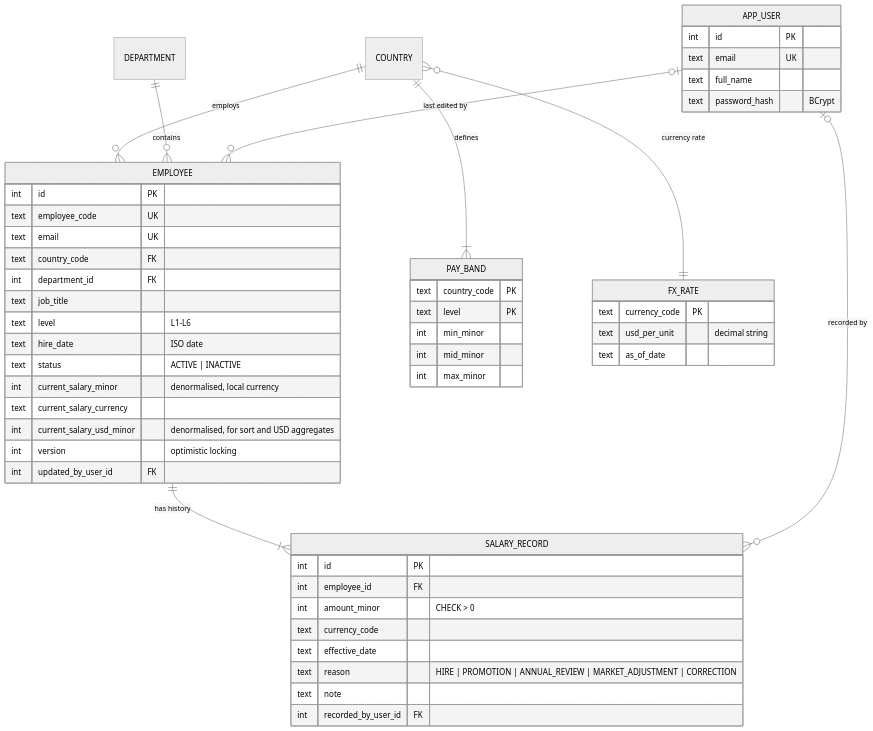
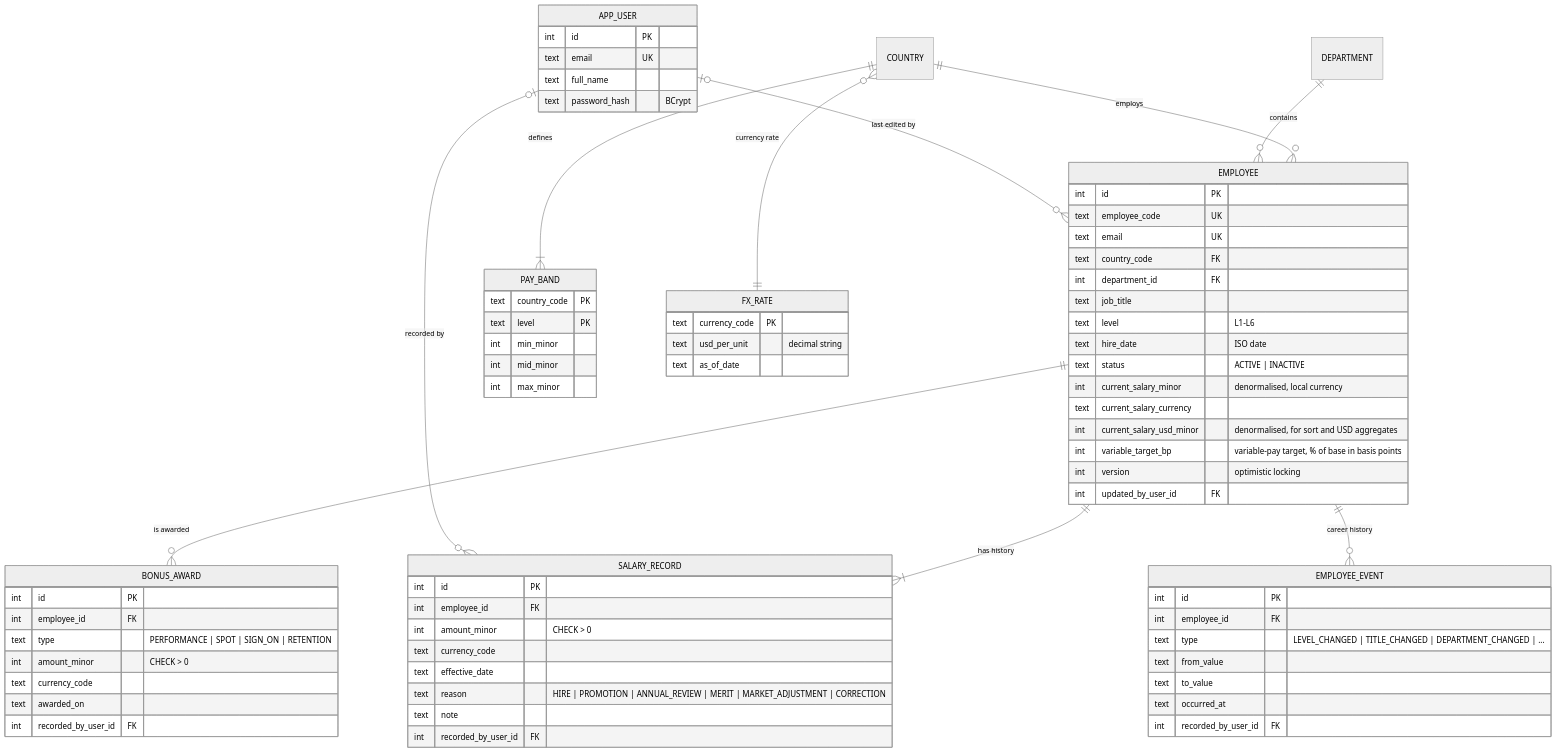
One commit to sachinyadav31/salary-management changed the second of 5 diagrams in docs/DESIGN.md. Above: the diagram before and after it, drawn with Mermaid (neutral theme). The commit also changed other lines of this file and 5 other files, not shown here.

````diff
--- a/docs/DESIGN.md
+++ b/docs/DESIGN.md
@@ -67,55 +69,76 @@
 ```mermaid
 erDiagram
     COUNTRY ||--o{ EMPLOYEE : "employs"
     DEPARTMENT ||--o{ EMPLOYEE : "contains"
     EMPLOYEE ||--|{ SALARY_RECORD : "has history"
+    EMPLOYEE ||--o{ BONUS_AWARD : "is awarded"
+    EMPLOYEE ||--o{ EMPLOYEE_EVENT : "career history"
     COUNTRY ||--|{ PAY_BAND : "defines"
     COUNTRY }o--|| FX_RATE : "currency rate"
     APP_USER |o--o{ SALARY_RECORD : "recorded by"
     APP_USER |o--o{ EMPLOYEE : "last edited by"
 
     EMPLOYEE {
         int id PK
         text employee_code UK
         text email UK
         text country_code FK
         int department_id FK
         text job_title
         text level "L1-L6"
         text hire_date "ISO date"
         text status "ACTIVE | INACTIVE"
         int current_salary_minor "denormalised, local currency"
         text current_salary_currency
         int current_salary_usd_minor "denormalised, for sort and USD aggregates"
+        int variable_target_bp "variable-pay target, % of base in basis points"
         int version "optimistic locking"
         int updated_by_user_id FK
     }
     SALARY_RECORD {
         int id PK
         int employee_id FK
         int amount_minor "CHECK > 0"
         text currency_code
         text effective_date
-        text reason "HIRE | PROMOTION | ANNUAL_REVIEW | MARKET_ADJUSTMENT | CORRECTION"
+        text reason "HIRE | PROMOTION | ANNUAL_REVIEW | MERIT | MARKET_ADJUSTMENT | CORRECTION"
         text note
+        int recorded_by_user_id FK
+    }
+    BONUS_AWARD {
+        int id PK
+        int employee_id FK
+        text type "PERFORMANCE | SPOT | SIGN_ON | RETENTION"
+        int amount_minor "CHECK > 0"
+        text currency_code
+        text awarded_on
+        int recorded_by_user_id FK
+    }
+    EMPLOYEE_EVENT {
+        int id PK
+        int employee_id FK
+        text type "LEVEL_CHANGED | TITLE_CHANGED | DEPARTMENT_CHANGED | ..."
+        text from_value
+        text to_value
+        text occurred_at
         int recorded_by_user_id FK
     }
     PAY_BAND {
         text country_code PK
         text level PK
         int min_minor
         int mid_minor
         int max_minor
     }
     FX_RATE {
         text currency_code PK
         text usd_per_unit "decimal string"
         text as_of_date
     }
     APP_USER {
         int id PK
         text email UK
         text full_name
         text password_hash "BCrypt"
     }
 ```
````
